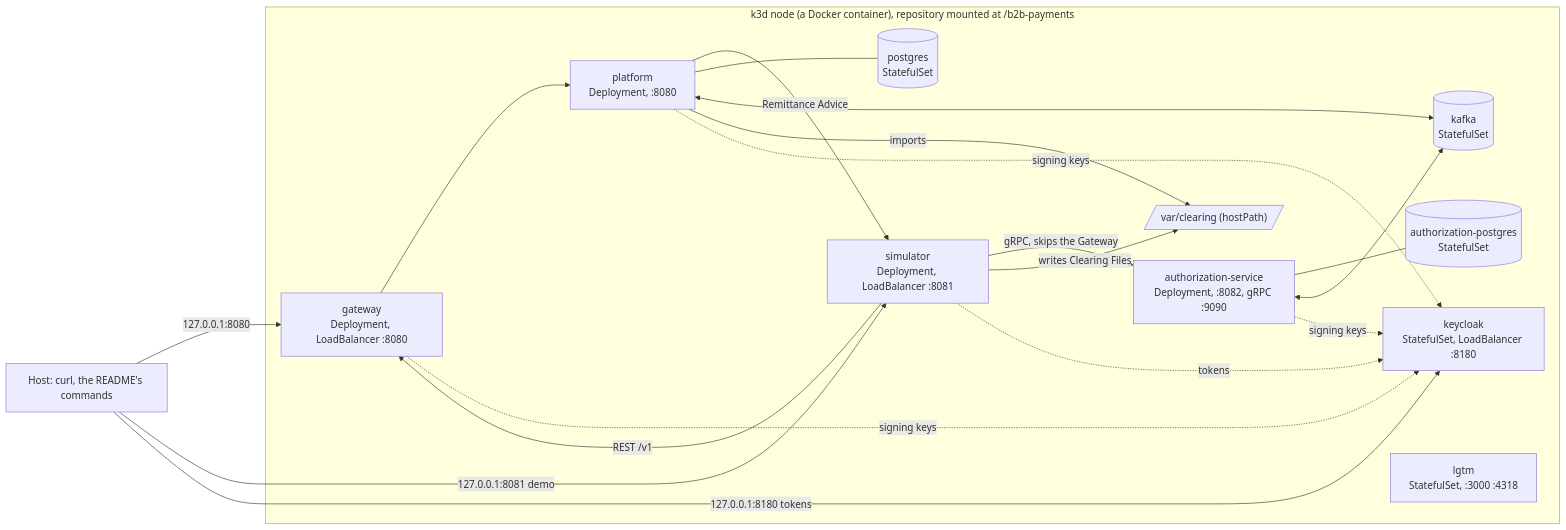
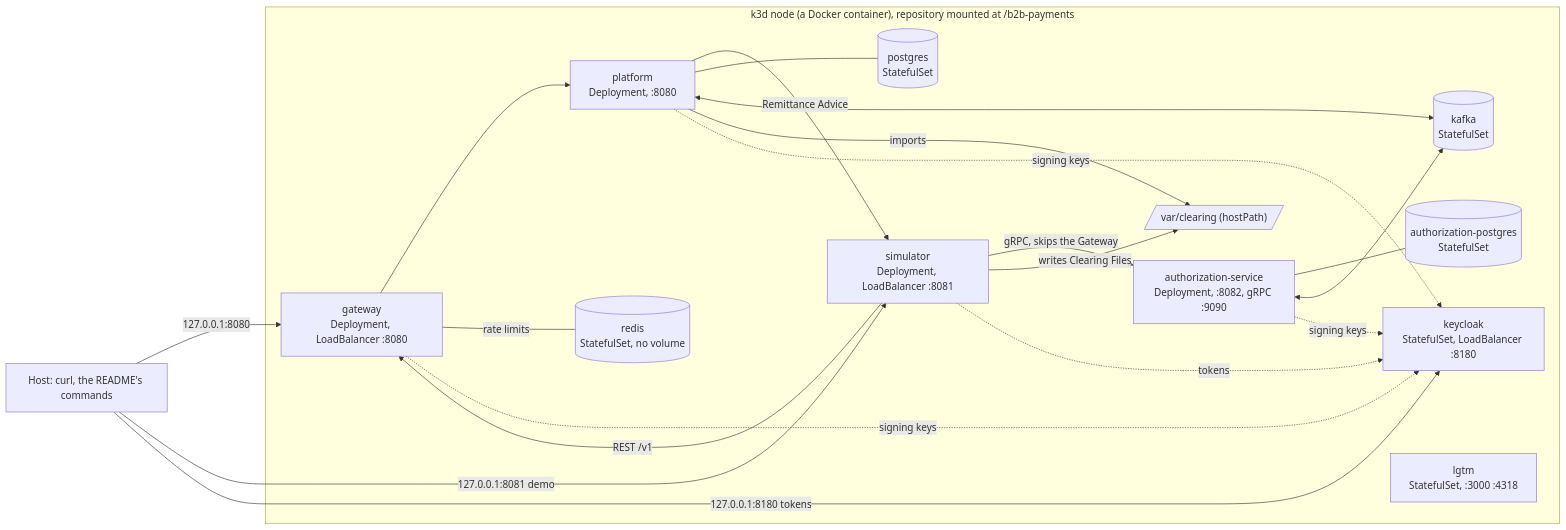
The second of 15 diagrams in docs/architecture.md (rgonzal92/b2b-payments-platform), drawn with Mermaid before and after one commit. The commit also changed other lines of this file and 2 other files, not shown here.

Commit message:
docs: rate limiting runbook, token bucket and Redis in the Gateway's learning page and architecture

````diff
--- a/docs/architecture.md
+++ b/docs/architecture.md
@@ -58,31 +58,33 @@
 ```mermaid
 flowchart LR
     host["Host: curl, the README's commands"]
     subgraph node["k3d node (a Docker container), repository mounted at /b2b-payments"]
         gateway["gateway<br/>Deployment, LoadBalancer :8080"]
         platform["platform<br/>Deployment, :8080"]
         service["authorization-service<br/>Deployment, :8082, gRPC :9090"]
         simulator["simulator<br/>Deployment, LoadBalancer :8081"]
         keycloak["keycloak<br/>StatefulSet, LoadBalancer :8180"]
         pg[("postgres<br/>StatefulSet")]
         apg[("authorization-postgres<br/>StatefulSet")]
         kafka[("kafka<br/>StatefulSet")]
         lgtm["lgtm<br/>StatefulSet, :3000 :4318"]
+        redis[("redis<br/>StatefulSet, no volume")]
         drop[/"var/clearing (hostPath)"/]
     end
     host -->|"127.0.0.1:8080"| gateway
     host -->|"127.0.0.1:8081 demo"| simulator
     host -->|"127.0.0.1:8180 tokens"| keycloak
     simulator -->|"REST /v1"| gateway
     gateway --> platform
+    gateway ---|"rate limits"| redis
     simulator -->|"gRPC, skips the Gateway"| service
     platform -->|"Remittance Advice"| simulator
     platform --- pg
     service --- apg
     platform <--> kafka
     service <--> kafka
     simulator -->|"writes Clearing Files"| drop
     platform -->|"imports"| drop
     gateway & platform & service -.->|"signing keys"| keycloak
     simulator -.->|"tokens"| keycloak
 ```
````
